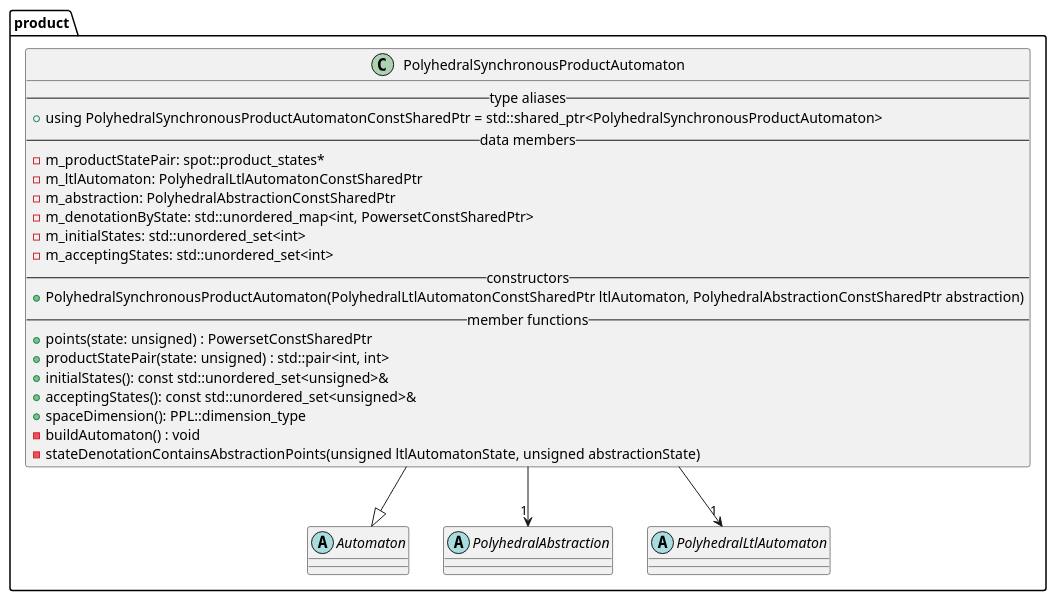
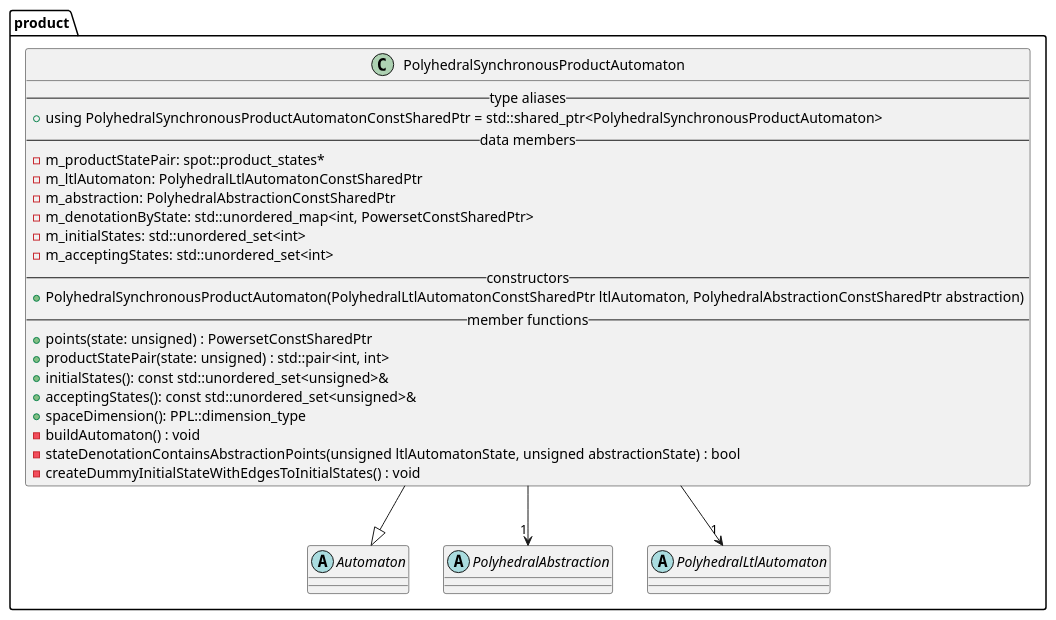
One commit to vtramo/rtl-mc changed the diagram in docs/plantuml/product.puml. Above: the diagram before and after it, drawn with PlantUML. The commit also changed 5 other files, not shown here.

First line of the commit message:
fix(product): creates a dummy initial state that links to all initial states of the synchronous product

```diff
--- a/docs/plantuml/product.puml
+++ b/docs/plantuml/product.puml
@@ -1,33 +1,34 @@
 @startuml
 
 package product {
     abstract Automaton {}
     abstract PolyhedralAbstraction {}
     abstract PolyhedralLtlAutomaton {}
     class PolyhedralSynchronousProductAutomaton {
         --type aliases--
         +using PolyhedralSynchronousProductAutomatonConstSharedPtr = std::shared_ptr<PolyhedralSynchronousProductAutomaton>
         -- data members --
         -m_productStatePair: spot::product_states*
         -m_ltlAutomaton: PolyhedralLtlAutomatonConstSharedPtr
         -m_abstraction: PolyhedralAbstractionConstSharedPtr
         -m_denotationByState: std::unordered_map<int, PowersetConstSharedPtr>
         -m_initialStates: std::unordered_set<int>
         -m_acceptingStates: std::unordered_set<int>
         -- constructors --
         +PolyhedralSynchronousProductAutomaton(PolyhedralLtlAutomatonConstSharedPtr ltlAutomaton, PolyhedralAbstractionConstSharedPtr abstraction)
         -- member functions --
         +points(state: unsigned) : PowersetConstSharedPtr
         +productStatePair(state: unsigned) : std::pair<int, int>
         +initialStates(): const std::unordered_set<unsigned>&
         +acceptingStates(): const std::unordered_set<unsigned>&
         +spaceDimension(): PPL::dimension_type
         -buildAutomaton() : void
-        -stateDenotationContainsAbstractionPoints(unsigned ltlAutomatonState, unsigned abstractionState)
+        -stateDenotationContainsAbstractionPoints(unsigned ltlAutomatonState, unsigned abstractionState) : bool
+        -createDummyInitialStateWithEdgesToInitialStates() : void
     }
 
     PolyhedralSynchronousProductAutomaton --> "1" PolyhedralLtlAutomaton
     PolyhedralSynchronousProductAutomaton --> "1" PolyhedralAbstraction
     PolyhedralSynchronousProductAutomaton --|> Automaton
 }
 @enduml
```
